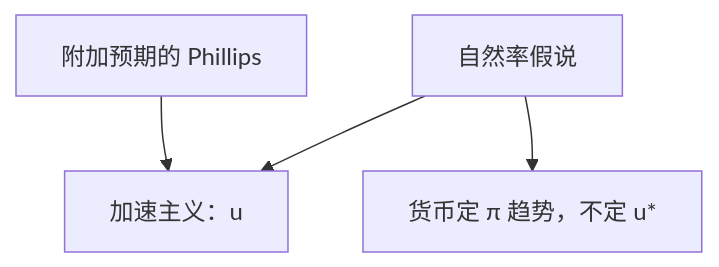
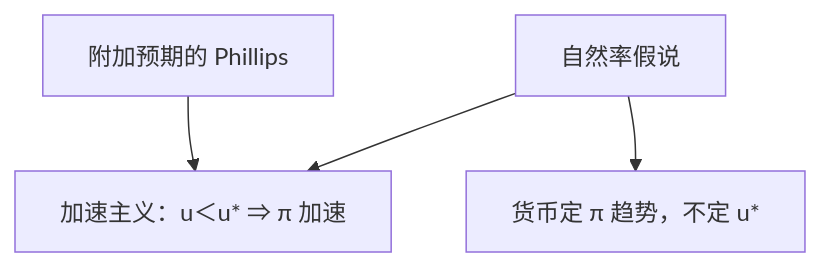
The diagram in docs/econ/natural-rate-u-star.md (xhongduo-tech/xhongduo-tech.github.io), drawn with Mermaid before and after one commit. The commit also changed other lines of this file and 772 other files, not shown here.

````diff
--- a/docs/econ/natural-rate-u-star.md
+++ b/docs/econ/natural-rate-u-star.md
@@ -28,6 +28,6 @@
 ```mermaid
 flowchart TD
-  PH["附加预期的 Phillips"] --> ACC["加速主义：u<u* ⇒ π 加速"]
+  PH["附加预期的 Phillips"] --> ACC["加速主义：u＜u* ⇒ π 加速"]
   HYP["自然率假说"] --> ACC
   HYP --> NEUT["货币定 π 趋势，不定 u*"]
 ```
````
